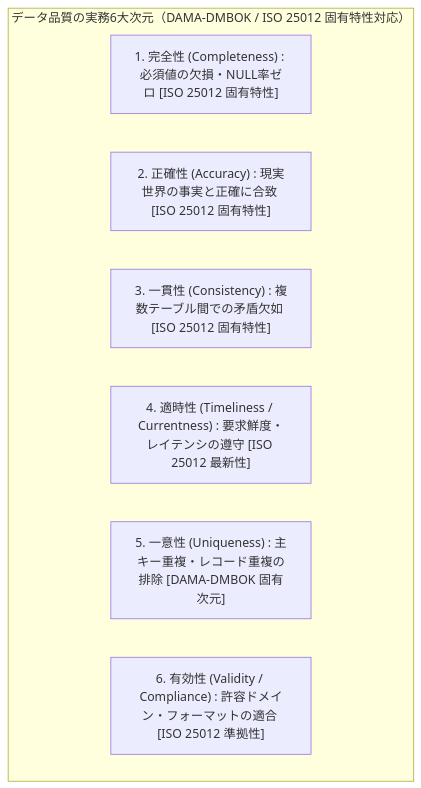
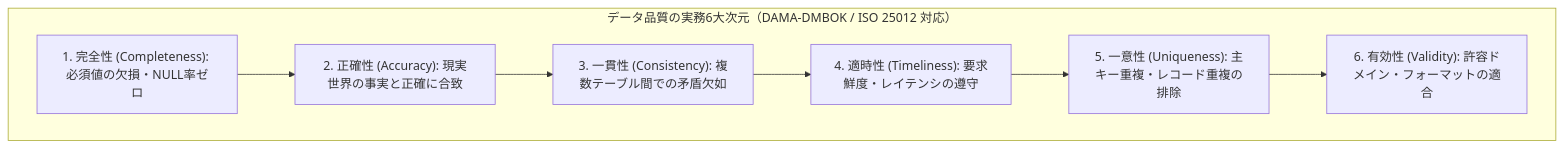
One commit to AnaharaYasuo/product-quality-management-book changed the first of 2 diagrams in manuscript/17_chapter17.md. Above: the diagram before and after it, drawn with Mermaid. The commit also changed other lines of this file and 32 other files, not shown here.

````diff
--- a/manuscript/17_chapter17.md
+++ b/manuscript/17_chapter17.md
@@ -18,11 +18,10 @@
 ```mermaid
 flowchart TD
-    subgraph DataQualityDim["データ品質の実務6大次元（DAMA-DMBOK / ISO 25012 固有特性対応）"]
-        A["1. 完全性 (Completeness) : 必須値の欠損・NULL率ゼロ [ISO 25012 固有特性]"]
-        B["2. 正確性 (Accuracy) : 現実世界の事実と正確に合致 [ISO 25012 固有特性]"]
-        C["3. 一貫性 (Consistency) : 複数テーブル間での矛盾欠如 [ISO 25012 固有特性]"]
-        D["4. 適時性 (Timeliness / Currentness) : 要求鮮度・レイテンシの遵守 [ISO 25012 最新性]"]
-        E["5. 一意性 (Uniqueness) : 主キー重複・レコード重複の排除 [DAMA-DMBOK 固有次元]"]
-        F["6. 有効性 (Validity / Compliance) : 許容ドメイン・フォーマットの適合 [ISO 25012 準拠性]"]
+    subgraph DataQualityDim["データ品質の実務6大次元（DAMA-DMBOK / ISO 25012 対応）"]
+        A["1. 完全性 (Completeness): 必須値の欠損・NULL率ゼロ"] --> B["2. 正確性 (Accuracy): 現実世界の事実と正確に合致"]
+        B --> C["3. 一貫性 (Consistency): 複数テーブル間での矛盾欠如"]
+        C --> D["4. 適時性 (Timeliness): 要求鮮度・レイテンシの遵守"]
+        D --> E["5. 一意性 (Uniqueness): 主キー重複・レコード重複の排除"]
+        E --> F["6. 有効性 (Validity): 許容ドメイン・フォーマットの適合"]
     end
 ```
````
